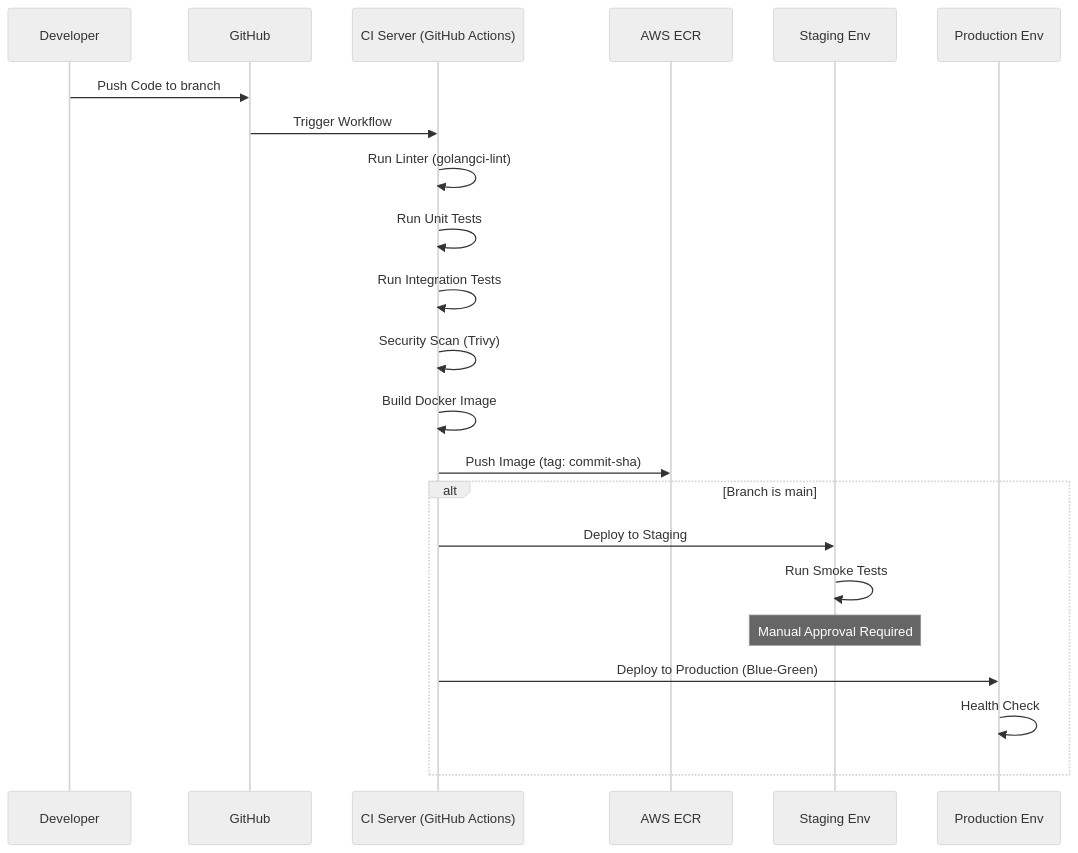
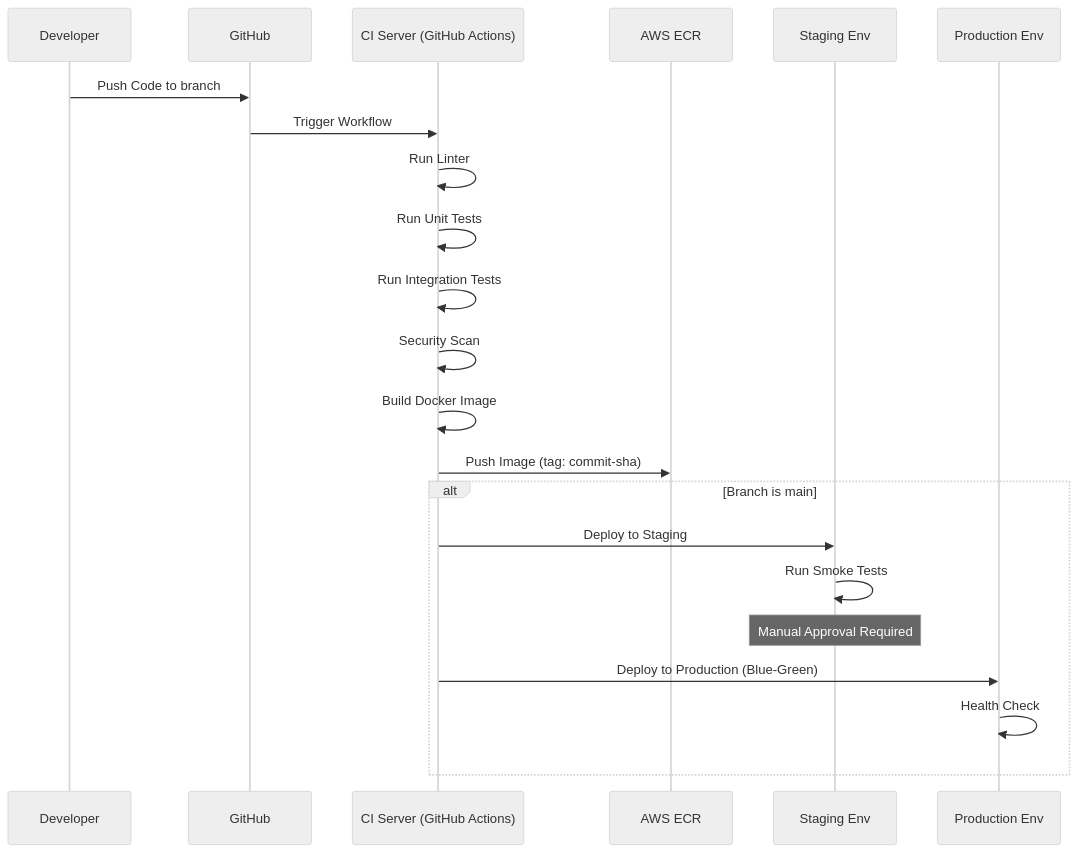
Before and after one commit to RyukaST077/aidriven_template: the fourth of 4 diagrams in templates/implements_design/003_アーキテクチャ設計書.md, drawn with Mermaid (neutral theme). The commit also changed other lines of this file and 4 other files, not shown here.

````diff
--- a/templates/implements_design/003_アーキテクチャ設計書.md
+++ b/templates/implements_design/003_アーキテクチャ設計書.md
@@ -302,26 +319,26 @@
 ```mermaid
 sequenceDiagram
     participant Dev as Developer
     participant Git as GitHub
     participant CI as CI Server (GitHub Actions)
     participant ECR as AWS ECR
     participant Stg as Staging Env
     participant Prod as Production Env
-    
+
     Dev->>Git: Push Code to branch
     Git->>CI: Trigger Workflow
-    CI->>CI: Run Linter (golangci-lint)
+    CI->>CI: Run Linter
     CI->>CI: Run Unit Tests
     CI->>CI: Run Integration Tests
-    CI->>CI: Security Scan (Trivy)
+    CI->>CI: Security Scan
     CI->>CI: Build Docker Image
     CI->>ECR: Push Image (tag: commit-sha)
-    
+
     alt Branch is main
         CI->>Stg: Deploy to Staging
         Stg->>Stg: Run Smoke Tests
         Note over Stg: Manual Approval Required
         CI->>Prod: Deploy to Production (Blue-Green)
         Prod->>Prod: Health Check
     end
 ```
````
